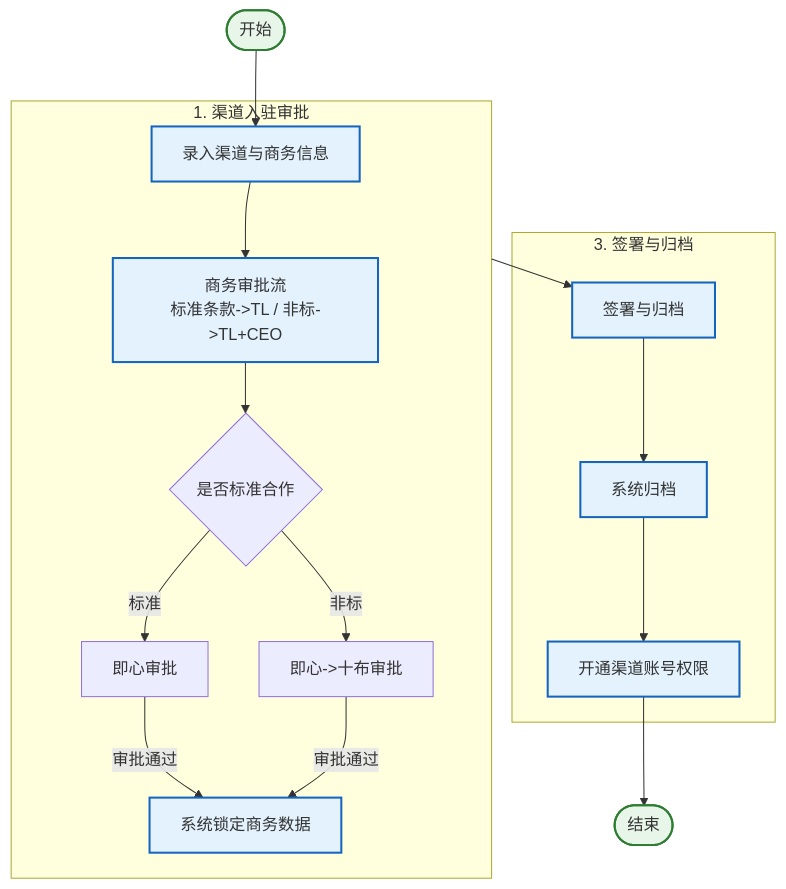
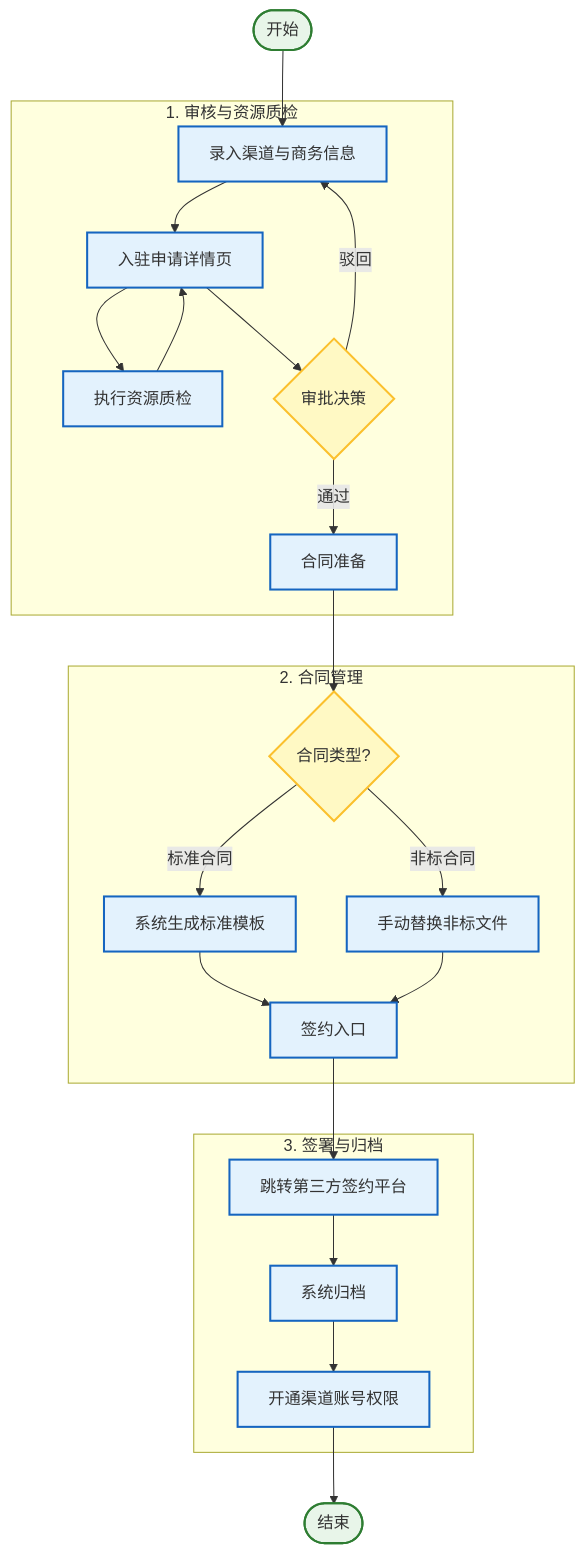
The second of 17 diagrams in docs/渠道管理系统-PRD.md (njwander/channel-demo), drawn with Mermaid before and after one commit. The commit also changed other lines of this file and 7 other files, not shown here.

````diff
--- a/docs/渠道管理系统-PRD.md
+++ b/docs/渠道管理系统-PRD.md
@@ -68,33 +67,41 @@
 ```mermaid
 graph TD
     Start([开始]) --> Input[录入渠道与商务信息]
+    Input --> Detail[入驻申请详情页]
     
-    %% 第一阶段：渠道入驻审批
-    subgraph Stage1 [1. 渠道入驻审批]
-        Input --> BizApproval[商务审批流<br>标准条款->TL / 非标->TL+CEO]
-        BizApproval --> Approval{是否标准合作}
-        Approval -- 标准 --> TLApproval[即心审批]
-        Approval -- 非标 --> TLCEOApprove[即心->十布审批]
-        TLApproval -- 审批通过 --> LockData[系统锁定商务数据]
-        TLCEOApprove -- 审批通过 --> LockData[系统锁定商务数据]
+    %% 第一阶段：审核与质检
+    subgraph Stage1 [1. 审核与资源质检]
+        Detail --> QCheck[执行资源质检]
+        QCheck --> Detail
+        Detail --> Approval{审批决策}
+        Approval -- 驳回 --> Input
+        Approval -- 通过 --> ContractPrep[合同准备]
     end
 
-    Stage1 --> Sign[签署与归档]
+    %% 第二阶段：合同分流
+    subgraph Stage2 [2. 合同管理]
+        ContractPrep --> CheckType{合同类型?}
+        CheckType -- 标准合同 --> StdContract[系统生成标准模板]
+        CheckType -- 非标合同 --> ReplaceContract[手动替换非标文件]
+        StdContract --> SignEntry[签约入口]
+        ReplaceContract --> SignEntry
+    end
 
-    %% 第三阶段：签署
+    %% 第三阶段：签署与权限
     subgraph Stage3 [3. 签署与归档]
-        Sign --> Archive[系统归档]
+        SignEntry --> Signing[跳转第三方签约平台]
+        Signing --> Archive[系统归档]
         Archive --> Grant[开通渠道账号权限]
     end
 
     Grant --> End([结束])
 
     %% 样式美化
     classDef process fill:#e3f2fd,stroke:#1565c0,stroke-width:2px;
     classDef decision fill:#fff9c4,stroke:#fbc02d,stroke-width:2px;
     classDef terminator fill:#e8f5e9,stroke:#2e7d32,stroke-width:2px,rx:10,ry:10;
 
-    class Input,BizApproval,LockData,Sign,Archive,Grant process;
-    class CheckType decision;
+    class Input,Detail,QCheck,ContractPrep,StdContract,ReplaceContract,SignEntry,Signing,Archive,Grant process;
+    class Approval,CheckType decision;
     class Start,End terminator;
 ```
````
